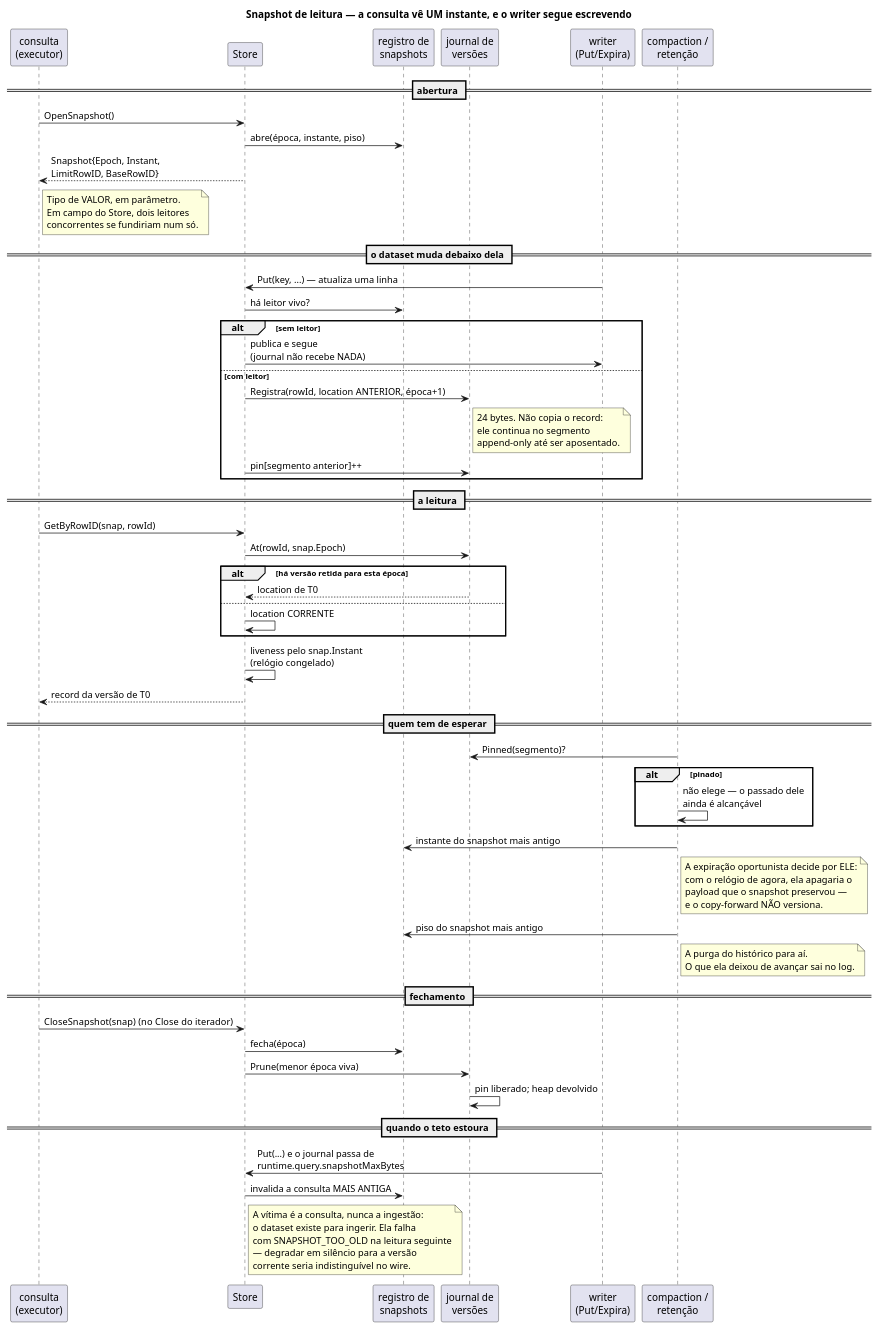
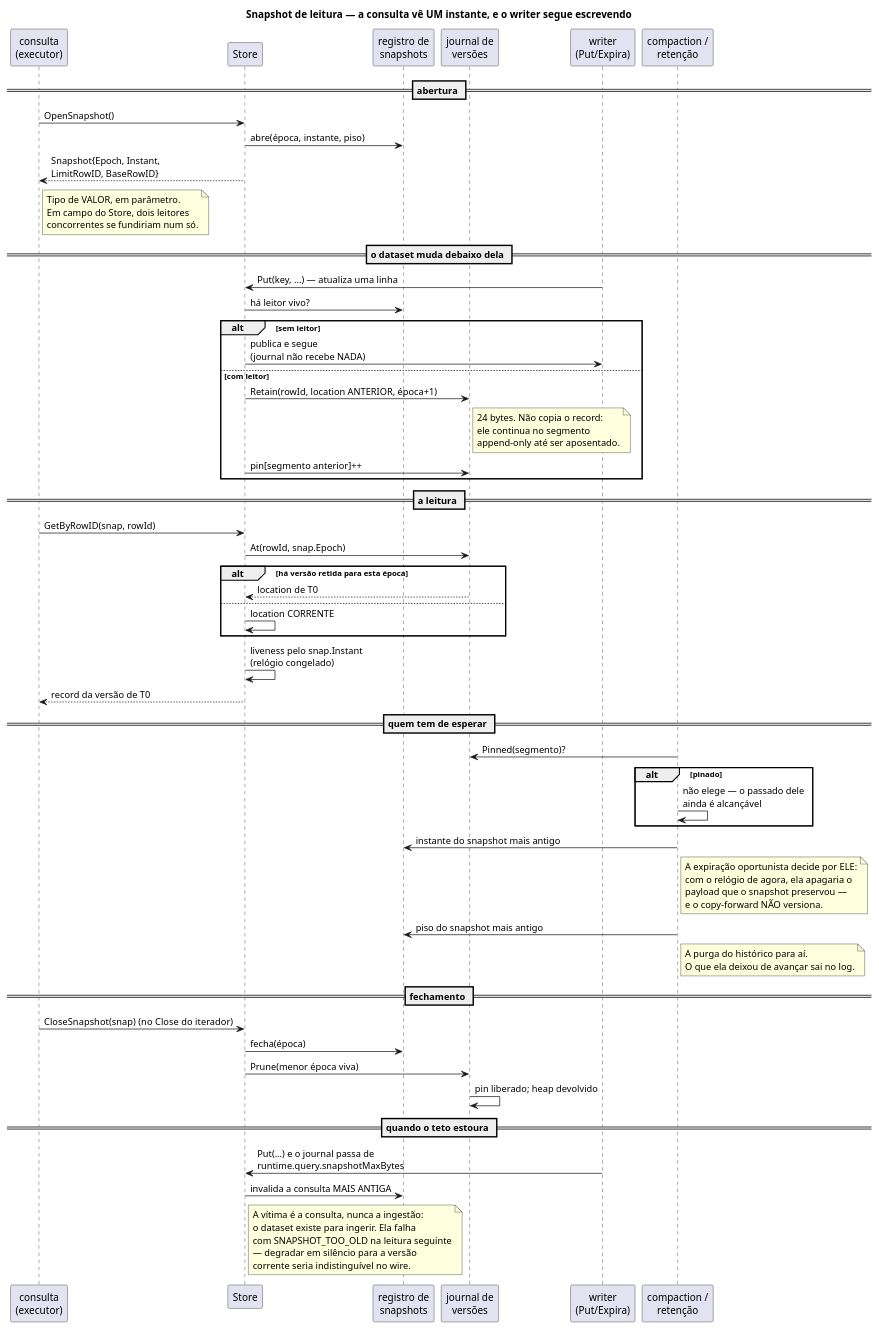
One commit to nishisan-dev/nishidb changed the diagram in docs/diagrams/snapshot_isolamento.puml. Above: the diagram before and after it, drawn with PlantUML. The commit also changed 360 other files, not shown here.

```diff
--- a/docs/diagrams/snapshot_isolamento.puml
+++ b/docs/diagrams/snapshot_isolamento.puml
@@ -1,81 +1,81 @@
 @startuml snapshot_isolamento
 title Snapshot de leitura — a consulta vê UM instante, e o writer segue escrevendo
 
 participant "consulta\n(executor)" as q
 participant "Store" as st
 participant "registro de\nsnapshots" as reg
 participant "journal de\nversões" as jr
 participant "writer\n(Put/Expira)" as w
 participant "compaction /\nretenção" as c
 
 == abertura ==
 q -> st : OpenSnapshot()
 st -> reg : abre(época, instante, piso)
 st --> q : Snapshot{Epoch, Instant,\nLimitRowID, BaseRowID}
 note right of q
   Tipo de VALOR, em parâmetro.
   Em campo do Store, dois leitores
   concorrentes se fundiriam num só.
 end note
 
 == o dataset muda debaixo dela ==
 w -> st : Put(key, ...) — atualiza uma linha
 st -> reg : há leitor vivo?
 alt sem leitor
   st -> w : publica e segue\n(journal não recebe NADA)
 else com leitor
-  st -> jr : Registra(rowId, location ANTERIOR, época+1)
+  st -> jr : Retain(rowId, location ANTERIOR, época+1)
   note right of jr
     24 bytes. Não copia o record:
     ele continua no segmento
     append-only até ser aposentado.
   end note
   st -> jr : pin[segmento anterior]++
 end
 
 == a leitura ==
 q -> st : GetByRowID(snap, rowId)
 st -> jr : At(rowId, snap.Epoch)
 alt há versão retida para esta época
   jr --> st : location de T0
 else
   st -> st : location CORRENTE
 end
 st -> st : liveness pelo snap.Instant\n(relógio congelado)
 st --> q : record da versão de T0
 
 == quem tem de esperar ==
 c -> jr : Pinned(segmento)?
 alt pinado
   c -> c : não elege — o passado dele\nainda é alcançável
 end
 c -> reg : instante do snapshot mais antigo
 note right of c
   A expiração oportunista decide por ELE:
   com o relógio de agora, ela apagaria o
   payload que o snapshot preservou —
   e o copy-forward NÃO versiona.
 end note
 c -> reg : piso do snapshot mais antigo
 note right of c
   A purga do histórico para aí.
   O que ela deixou de avançar sai no log.
 end note
 
 == fechamento ==
 q -> st : CloseSnapshot(snap)  (no Close do iterador)
 st -> reg : fecha(época)
 st -> jr : Prune(menor época viva)
 jr -> jr : pin liberado; heap devolvido
 
 == quando o teto estoura ==
 w -> st : Put(...) e o journal passa de\nruntime.query.snapshotMaxBytes
 st -> reg : invalida a consulta MAIS ANTIGA
 note right of st
   A vítima é a consulta, nunca a ingestão:
   o dataset existe para ingerir. Ela falha
   com SNAPSHOT_TOO_OLD na leitura seguinte
   — degradar em silêncio para a versão
   corrente seria indistinguível no wire.
 end note
 @enduml
```
